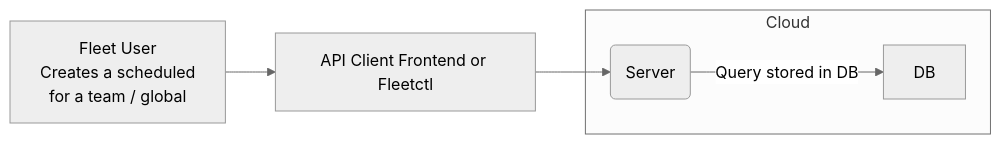
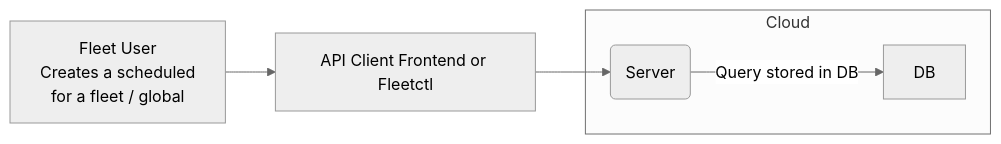
Before and after one commit to fleetdm/fleet: the fourth of 7 diagrams in docs/Contributing/architecture/high-level-architecture.md, drawn with Mermaid (neutral theme). The commit also changed other lines of this file and 13 other files, not shown here.

````diff
--- a/docs/Contributing/architecture/high-level-architecture.md
+++ b/docs/Contributing/architecture/high-level-architecture.md
@@ -152,14 +152,14 @@
 ```mermaid
 graph LR;
-    it_person[Fleet User<br>Creates a scheduled<br>for a team / global];
+    it_person[Fleet User<br>Creates a scheduled<br>for a fleet / global];
     api[API Client Frontend or Fleetctl];
 
     subgraph Cloud
         server(Server);
         db[DB];
     end
 
     it_person --> api;
     api --> server;
     server -- Query stored in DB--> db;
 ```
````
